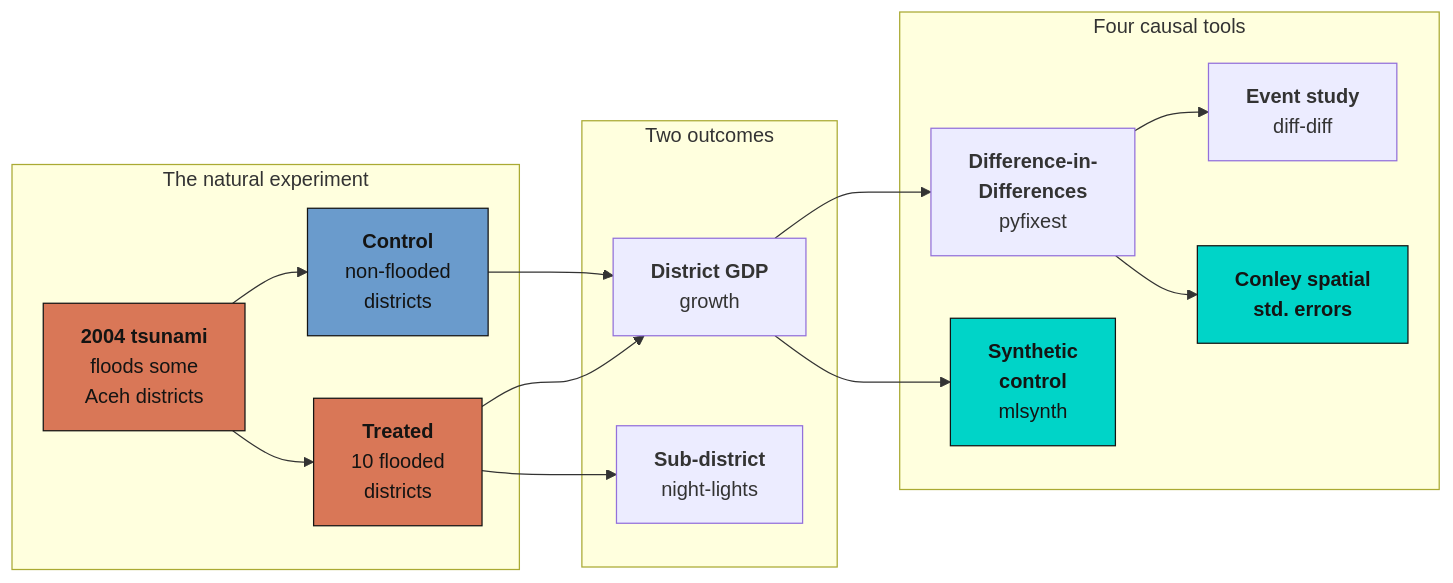
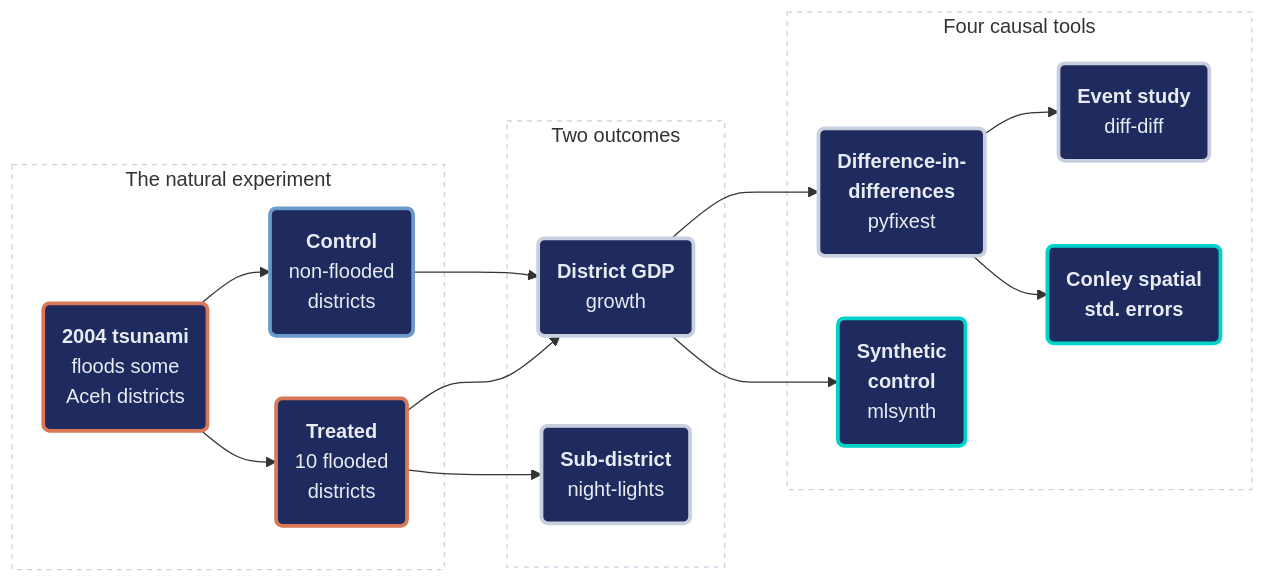
One commit to cmg777/starter-academic-v501 changed the diagram in content/post/python_did_sc_tsunami/index.md. Above: the diagram before and after it, drawn with Mermaid. The commit also changed 16 other files, not shown here.

First line of the commit message:
content(mermaid): restyle flowcharts in Python posts, batch 1 of 2

````diff
--- a/content/post/python_did_sc_tsunami/index.md
+++ b/content/post/python_did_sc_tsunami/index.md
@@ -112,35 +112,40 @@
 ```mermaid
 graph LR
     subgraph SETTING["The natural experiment"]
-    A["<b>2004 tsunami</b><br/>floods some<br/>Aceh districts"]
-    B["<b>Treated</b><br/>10 flooded<br/>districts"]
-    C["<b>Control</b><br/>non-flooded<br/>districts"]
+    A("<b>2004 tsunami</b><br/>floods some<br/>Aceh districts")
+    B("<b>Treated</b><br/>10 flooded<br/>districts")
+    C("<b>Control</b><br/>non-flooded<br/>districts")
     A --> B
     A --> C
     end
 
     subgraph MEASURE["Two outcomes"]
-    D["<b>District GDP</b><br/>growth"]
-    E["<b>Sub-district</b><br/>night-lights"]
+    D("<b>District GDP</b><br/>growth")
+    E("<b>Sub-district</b><br/>night-lights")
     end
 
     subgraph METHODS["Four causal tools"]
-    F["<b>Difference-in-<br/>Differences</b><br/>pyfixest"]
-    G["<b>Event study</b><br/>diff-diff"]
-    H["<b>Synthetic<br/>control</b><br/>mlsynth"]
-    I["<b>Conley spatial<br/>std. errors</b>"]
+    F("<b>Difference-in-<br/>differences</b><br/>pyfixest")
+    G("<b>Event study</b><br/>diff-diff")
+    H("<b>Synthetic<br/>control</b><br/>mlsynth")
+    I("<b>Conley spatial<br/>std. errors</b>")
     end
 
     B --> D
     C --> D
     B --> E
     D --> F --> G
     D --> H
     F --> I
-
-    style A fill:#d97757,stroke:#141413,color:#141413
-    style B fill:#d97757,stroke:#141413,color:#141413
-    style C fill:#6a9bcc,stroke:#141413,color:#141413
-    style H fill:#00d4c8,stroke:#141413,color:#141413
-    style I fill:#00d4c8,stroke:#141413,color:#141413
+    style SETTING fill:none,stroke:#c8d0e0,stroke-width:1px,stroke-dasharray:4 4
+    style MEASURE fill:none,stroke:#c8d0e0,stroke-width:1px,stroke-dasharray:4 4
+    style METHODS fill:none,stroke:#c8d0e0,stroke-width:1px,stroke-dasharray:4 4
+    classDef orange fill:#1f2b5e,stroke:#d97757,stroke-width:3px,color:#e8ecf2
+    classDef blue fill:#1f2b5e,stroke:#6a9bcc,stroke-width:3px,color:#e8ecf2
+    classDef gray fill:#1f2b5e,stroke:#c8d0e0,stroke-width:3px,color:#e8ecf2
+    classDef teal fill:#1f2b5e,stroke:#00d4c8,stroke-width:3px,color:#e8ecf2
+    class A,B orange
+    class C blue
+    class D,E,F,G gray
+    class H,I teal
 ```
````
